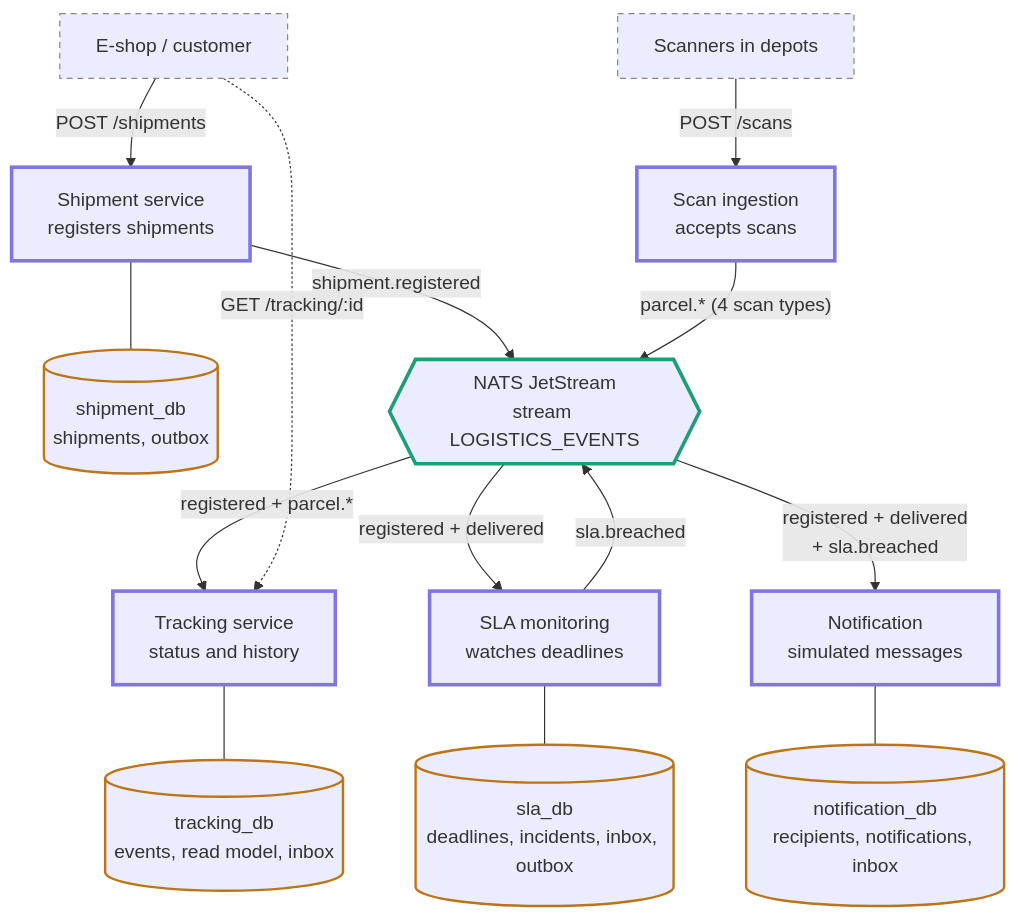
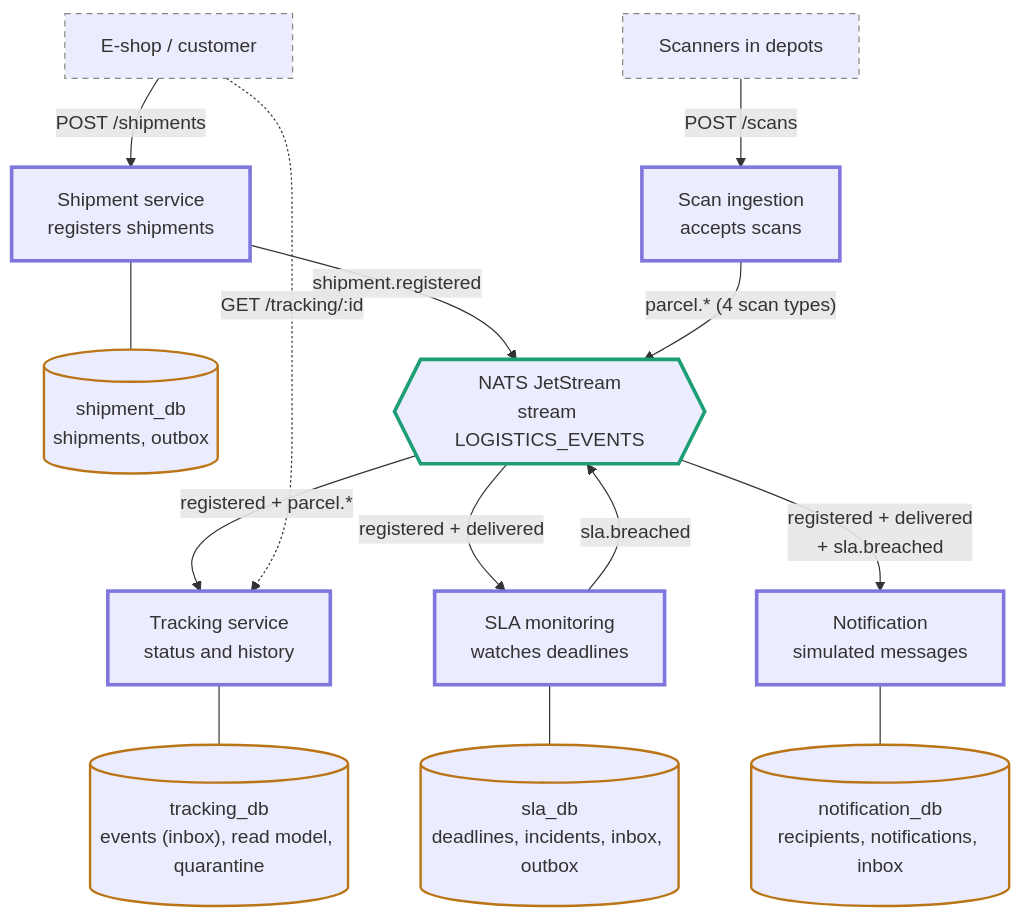
One commit to michaelamitr/track-and-trace changed the diagram in ARCHITECTURE.md. Above: the diagram before and after it, drawn with Mermaid. The commit also changed other lines of this file and 6 other files, not shown here.

````diff
--- a/ARCHITECTURE.md
+++ b/ARCHITECTURE.md
@@ -16,38 +16,38 @@
 ```mermaid
 flowchart TB
   ESHOP["E-shop / customer"]
   SCAN["Scanners in depots"]
   SH["Shipment service<br/>registers shipments"]
   SI["Scan ingestion<br/>accepts scans"]
   SHDB[("shipment_db<br/>shipments, outbox")]
   NATS{{"NATS JetStream<br/>stream LOGISTICS_EVENTS"}}
   TR["Tracking service<br/>status and history"]
   SLA["SLA monitoring<br/>watches deadlines"]
   NO["Notification<br/>simulated messages"]
-  TRDB[("tracking_db<br/>events, read model, inbox")]
+  TRDB[("tracking_db<br/>events (inbox), read model, quarantine")]
   SLADB[("sla_db<br/>deadlines, incidents, inbox, outbox")]
   NODB[("notification_db<br/>recipients, notifications, inbox")]
 
   ESHOP -- "POST /shipments" --> SH
   SCAN -- "POST /scans" --> SI
   SH --- SHDB
   SH -- "shipment.registered" --> NATS
   SI -- "parcel.* (4 scan types)" --> NATS
   NATS -- "registered + parcel.*" --> TR
   NATS -- "registered + delivered" --> SLA
   NATS -- "registered + delivered<br/>+ sla.breached" --> NO
   SLA -- "sla.breached" --> NATS
   TR --- TRDB
   SLA --- SLADB
   NO --- NODB
   ESHOP -. "GET /tracking/:id" .-> TR
 
   classDef svc stroke:#7F77DD,stroke-width:3px
   classDef nats stroke:#1D9E75,stroke-width:3px
   classDef db stroke:#BA7517,stroke-width:2px
   classDef ext stroke:#888780,stroke-width:1px,stroke-dasharray:5 4
   class SH,SI,TR,SLA,NO svc
   class NATS nats
   class SHDB,TRDB,SLADB,NODB db
   class ESHOP,SCAN ext
 ```
````
